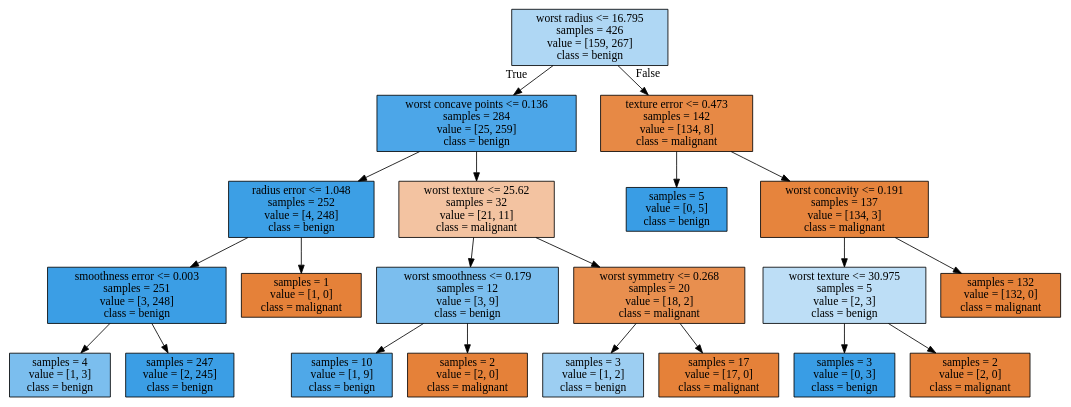
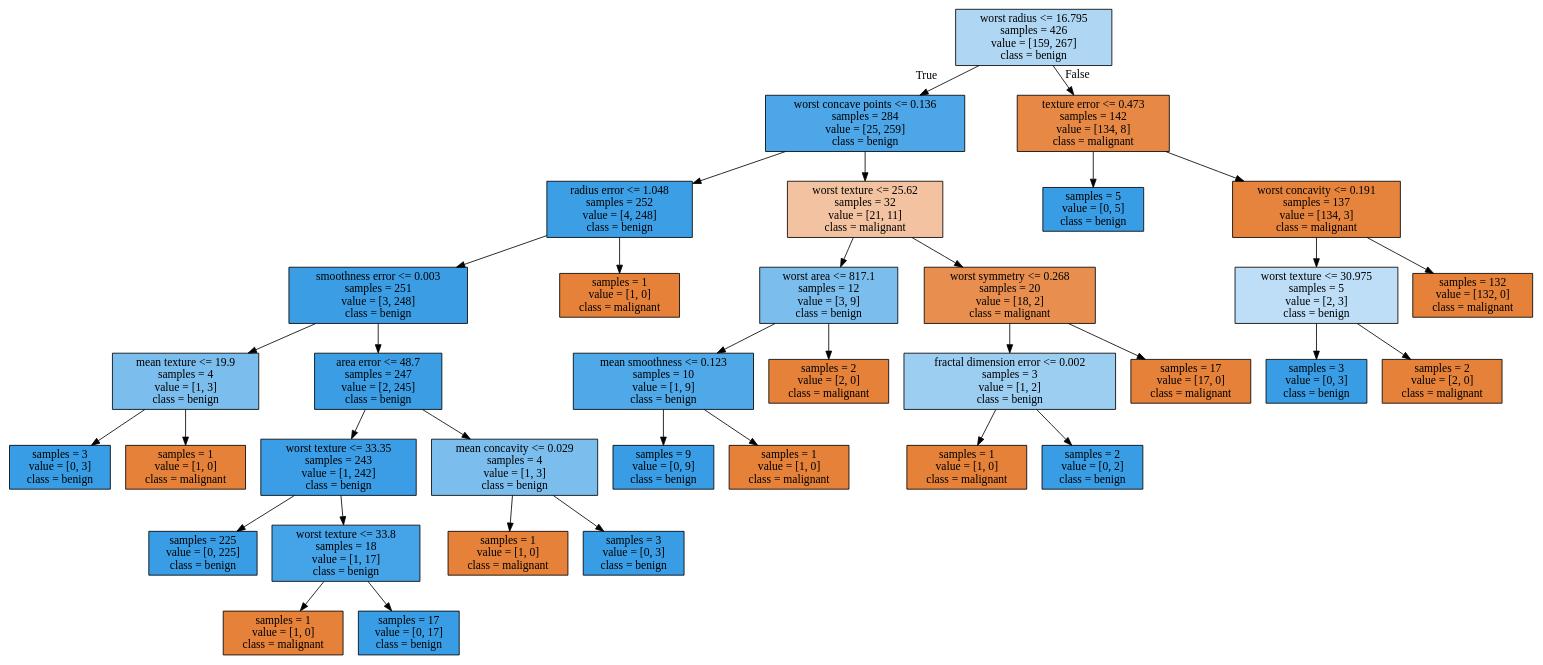
Before and after one commit to yoshida-bael/MachineLearning: the diagram in tree.dot, drawn with Graphviz. The commit also changed 1 other file, not shown here.

```diff
--- a/tree.dot
+++ b/tree.dot
@@ -1,44 +1,72 @@
 digraph Tree {
 node [shape=box, style="filled", color="black"] ;
 0 [label="worst radius <= 16.795\nsamples = 426\nvalue = [159, 267]\nclass = benign", fillcolor="#afd7f4"] ;
 1 [label="worst concave points <= 0.136\nsamples = 284\nvalue = [25, 259]\nclass = benign", fillcolor="#4ca6e8"] ;
 0 -> 1 [labeldistance=2.5, labelangle=45, headlabel="True"] ;
 2 [label="radius error <= 1.048\nsamples = 252\nvalue = [4, 248]\nclass = benign", fillcolor="#3c9fe5"] ;
 1 -> 2 ;
 3 [label="smoothness error <= 0.003\nsamples = 251\nvalue = [3, 248]\nclass = benign", fillcolor="#3b9ee5"] ;
 2 -> 3 ;
-4 [label="samples = 4\nvalue = [1, 3]\nclass = benign", fillcolor="#7bbeee"] ;
+4 [label="mean texture <= 19.9\nsamples = 4\nvalue = [1, 3]\nclass = benign", fillcolor="#7bbeee"] ;
 3 -> 4 ;
-5 [label="samples = 247\nvalue = [2, 245]\nclass = benign", fillcolor="#3b9ee5"] ;
-3 -> 5 ;
+5 [label="samples = 3\nvalue = [0, 3]\nclass = benign", fillcolor="#399de5"] ;
+4 -> 5 ;
 6 [label="samples = 1\nvalue = [1, 0]\nclass = malignant", fillcolor="#e58139"] ;
-2 -> 6 ;
-7 [label="worst texture <= 25.62\nsamples = 32\nvalue = [21, 11]\nclass = malignant", fillcolor="#f3c3a1"] ;
-1 -> 7 ;
-8 [label="worst smoothness <= 0.179\nsamples = 12\nvalue = [3, 9]\nclass = benign", fillcolor="#7bbeee"] ;
+4 -> 6 ;
+7 [label="area error <= 48.7\nsamples = 247\nvalue = [2, 245]\nclass = benign", fillcolor="#3b9ee5"] ;
+3 -> 7 ;
+8 [label="worst texture <= 33.35\nsamples = 243\nvalue = [1, 242]\nclass = benign", fillcolor="#3a9de5"] ;
 7 -> 8 ;
-9 [label="samples = 10\nvalue = [1, 9]\nclass = benign", fillcolor="#4fa8e8"] ;
+9 [label="samples = 225\nvalue = [0, 225]\nclass = benign", fillcolor="#399de5"] ;
 8 -> 9 ;
-10 [label="samples = 2\nvalue = [2, 0]\nclass = malignant", fillcolor="#e58139"] ;
+10 [label="worst texture <= 33.8\nsamples = 18\nvalue = [1, 17]\nclass = benign", fillcolor="#45a3e7"] ;
 8 -> 10 ;
-11 [label="worst symmetry <= 0.268\nsamples = 20\nvalue = [18, 2]\nclass = malignant", fillcolor="#e88f4f"] ;
-7 -> 11 ;
-12 [label="samples = 3\nvalue = [1, 2]\nclass = benign", fillcolor="#9ccef2"] ;
-11 -> 12 ;
-13 [label="samples = 17\nvalue = [17, 0]\nclass = malignant", fillcolor="#e58139"] ;
-11 -> 13 ;
-14 [label="texture error <= 0.473\nsamples = 142\nvalue = [134, 8]\nclass = malignant", fillcolor="#e78945"] ;
-0 -> 14 [labeldistance=2.5, labelangle=-45, headlabel="False"] ;
-15 [label="samples = 5\nvalue = [0, 5]\nclass = benign", fillcolor="#399de5"] ;
-14 -> 15 ;
-16 [label="worst concavity <= 0.191\nsamples = 137\nvalue = [134, 3]\nclass = malignant", fillcolor="#e6843d"] ;
-14 -> 16 ;
-17 [label="worst texture <= 30.975\nsamples = 5\nvalue = [2, 3]\nclass = benign", fillcolor="#bddef6"] ;
-16 -> 17 ;
-18 [label="samples = 3\nvalue = [0, 3]\nclass = benign", fillcolor="#399de5"] ;
+11 [label="samples = 1\nvalue = [1, 0]\nclass = malignant", fillcolor="#e58139"] ;
+10 -> 11 ;
+12 [label="samples = 17\nvalue = [0, 17]\nclass = benign", fillcolor="#399de5"] ;
+10 -> 12 ;
+13 [label="mean concavity <= 0.029\nsamples = 4\nvalue = [1, 3]\nclass = benign", fillcolor="#7bbeee"] ;
+7 -> 13 ;
+14 [label="samples = 1\nvalue = [1, 0]\nclass = malignant", fillcolor="#e58139"] ;
+13 -> 14 ;
+15 [label="samples = 3\nvalue = [0, 3]\nclass = benign", fillcolor="#399de5"] ;
+13 -> 15 ;
+16 [label="samples = 1\nvalue = [1, 0]\nclass = malignant", fillcolor="#e58139"] ;
+2 -> 16 ;
+17 [label="worst texture <= 25.62\nsamples = 32\nvalue = [21, 11]\nclass = malignant", fillcolor="#f3c3a1"] ;
+1 -> 17 ;
+18 [label="worst area <= 817.1\nsamples = 12\nvalue = [3, 9]\nclass = benign", fillcolor="#7bbeee"] ;
 17 -> 18 ;
-19 [label="samples = 2\nvalue = [2, 0]\nclass = malignant", fillcolor="#e58139"] ;
-17 -> 19 ;
-20 [label="samples = 132\nvalue = [132, 0]\nclass = malignant", fillcolor="#e58139"] ;
-16 -> 20 ;
+19 [label="mean smoothness <= 0.123\nsamples = 10\nvalue = [1, 9]\nclass = benign", fillcolor="#4fa8e8"] ;
+18 -> 19 ;
+20 [label="samples = 9\nvalue = [0, 9]\nclass = benign", fillcolor="#399de5"] ;
+19 -> 20 ;
+21 [label="samples = 1\nvalue = [1, 0]\nclass = malignant", fillcolor="#e58139"] ;
+19 -> 21 ;
+22 [label="samples = 2\nvalue = [2, 0]\nclass = malignant", fillcolor="#e58139"] ;
+18 -> 22 ;
+23 [label="worst symmetry <= 0.268\nsamples = 20\nvalue = [18, 2]\nclass = malignant", fillcolor="#e88f4f"] ;
+17 -> 23 ;
+24 [label="fractal dimension error <= 0.002\nsamples = 3\nvalue = [1, 2]\nclass = benign", fillcolor="#9ccef2"] ;
+23 -> 24 ;
+25 [label="samples = 1\nvalue = [1, 0]\nclass = malignant", fillcolor="#e58139"] ;
+24 -> 25 ;
+26 [label="samples = 2\nvalue = [0, 2]\nclass = benign", fillcolor="#399de5"] ;
+24 -> 26 ;
+27 [label="samples = 17\nvalue = [17, 0]\nclass = malignant", fillcolor="#e58139"] ;
+23 -> 27 ;
+28 [label="texture error <= 0.473\nsamples = 142\nvalue = [134, 8]\nclass = malignant", fillcolor="#e78945"] ;
+0 -> 28 [labeldistance=2.5, labelangle=-45, headlabel="False"] ;
+29 [label="samples = 5\nvalue = [0, 5]\nclass = benign", fillcolor="#399de5"] ;
+28 -> 29 ;
+30 [label="worst concavity <= 0.191\nsamples = 137\nvalue = [134, 3]\nclass = malignant", fillcolor="#e6843d"] ;
+28 -> 30 ;
+31 [label="worst texture <= 30.975\nsamples = 5\nvalue = [2, 3]\nclass = benign", fillcolor="#bddef6"] ;
+30 -> 31 ;
+32 [label="samples = 3\nvalue = [0, 3]\nclass = benign", fillcolor="#399de5"] ;
+31 -> 32 ;
+33 [label="samples = 2\nvalue = [2, 0]\nclass = malignant", fillcolor="#e58139"] ;
+31 -> 33 ;
+34 [label="samples = 132\nvalue = [132, 0]\nclass = malignant", fillcolor="#e58139"] ;
+30 -> 34 ;
 }
```
